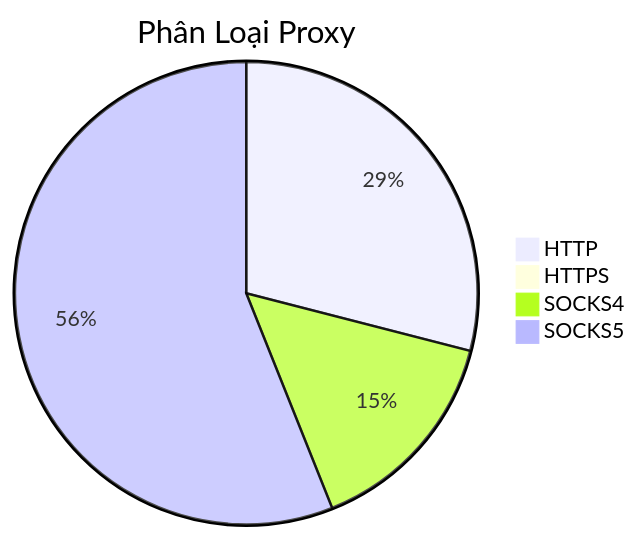
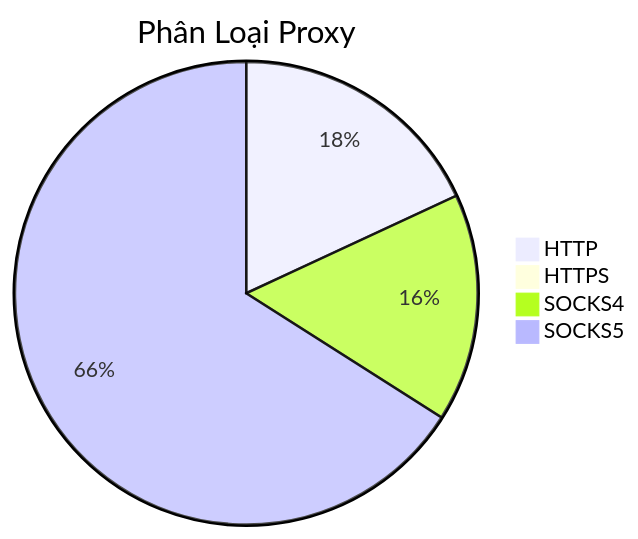
The diagram in README.md (Ciara-Aa/PROXY-free), drawn with Mermaid before and after one commit. The commit also changed other lines of this file and 3 other files, not shown here.

````diff
--- a/README.md
+++ b/README.md
@@ -26,7 +26,7 @@
 ```mermaid
 pie title Phân Loại Proxy
-    "HTTP" : 783
+    "HTTP" : 406
     "HTTPS" : 0
-    "SOCKS4" : 403
-    "SOCKS5" : 1513
+    "SOCKS4" : 358
+    "SOCKS5" : 1482
 ```
````
